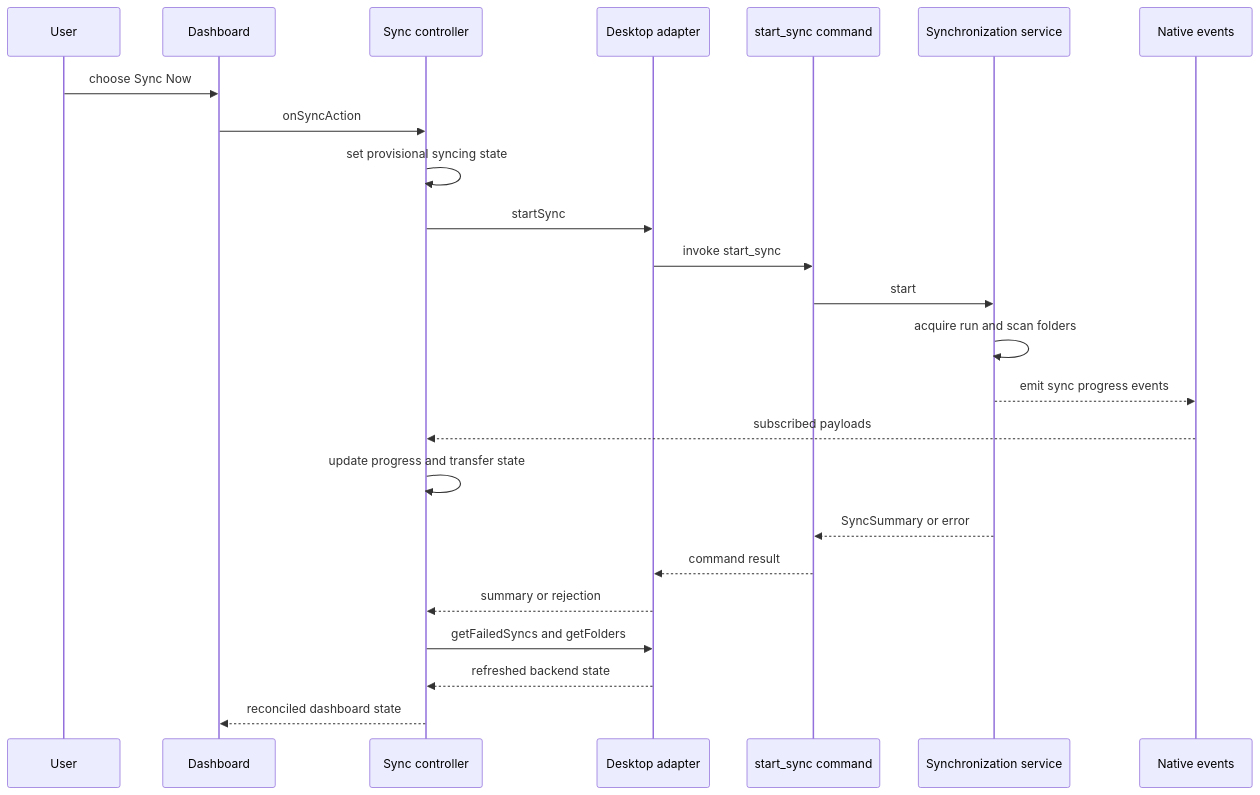
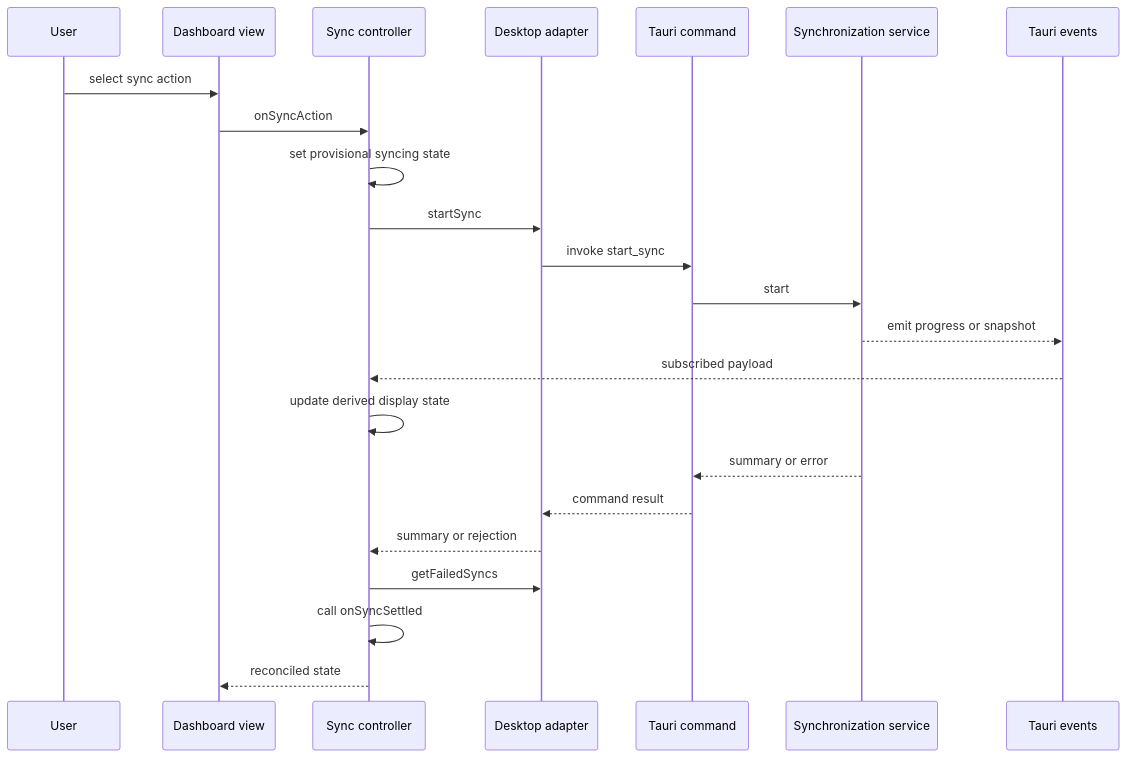
One commit to xXRoxXeRXx/lymic changed the diagram in openwiki/frontend/ui-and-ipc.md. Above: the diagram before and after it, drawn with Mermaid. The commit also changed other lines of this file and 17 other files, not shown here.

````diff
--- a/openwiki/frontend/ui-and-ipc.md
+++ b/openwiki/frontend/ui-and-ipc.md
@@ -88,26 +82,25 @@
 ```mermaid
 sequenceDiagram
     participant User
-    participant Dashboard
+    participant View as Dashboard view
     participant Sync as Sync controller
     participant Adapter as Desktop adapter
-    participant Command as start_sync command
+    participant Command as Tauri command
     participant Service as Synchronization service
-    participant Native as Native events
-    User->>Dashboard: choose Sync Now
-    Dashboard->>Sync: onSyncAction
+    participant Events as Tauri events
+    User->>View: select sync action
+    View->>Sync: onSyncAction
     Sync->>Sync: set provisional syncing state
     Sync->>Adapter: startSync
     Adapter->>Command: invoke start_sync
     Command->>Service: start
-    Service->>Service: acquire run and scan folders
-    Service-->>Native: emit sync progress events
-    Native-->>Sync: subscribed payloads
-    Sync->>Sync: update progress and transfer state
-    Service-->>Command: SyncSummary or error
+    Service-->>Events: emit progress or snapshot
+    Events-->>Sync: subscribed payload
+    Sync->>Sync: update derived display state
+    Service-->>Command: summary or error
     Command-->>Adapter: command result
     Adapter-->>Sync: summary or rejection
-    Sync->>Adapter: getFailedSyncs and getFolders
-    Adapter-->>Sync: refreshed backend state
-    Sync-->>Dashboard: reconciled dashboard state
+    Sync->>Adapter: getFailedSyncs
+    Sync->>Sync: call onSyncSettled
+    Sync-->>View: reconciled state
 ```
````
